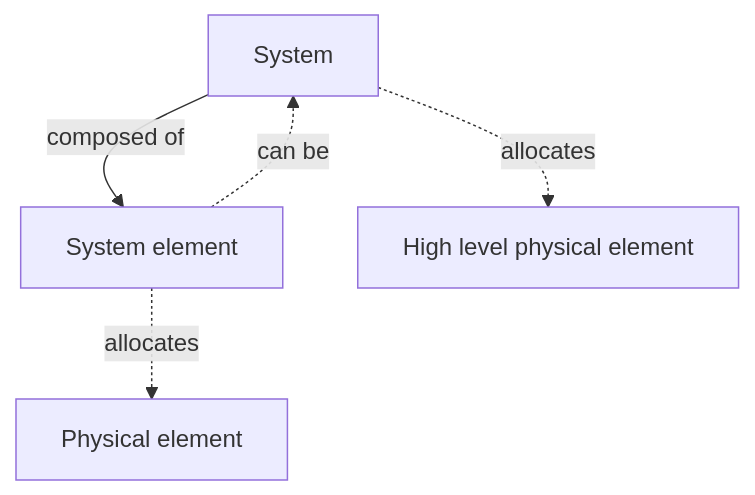
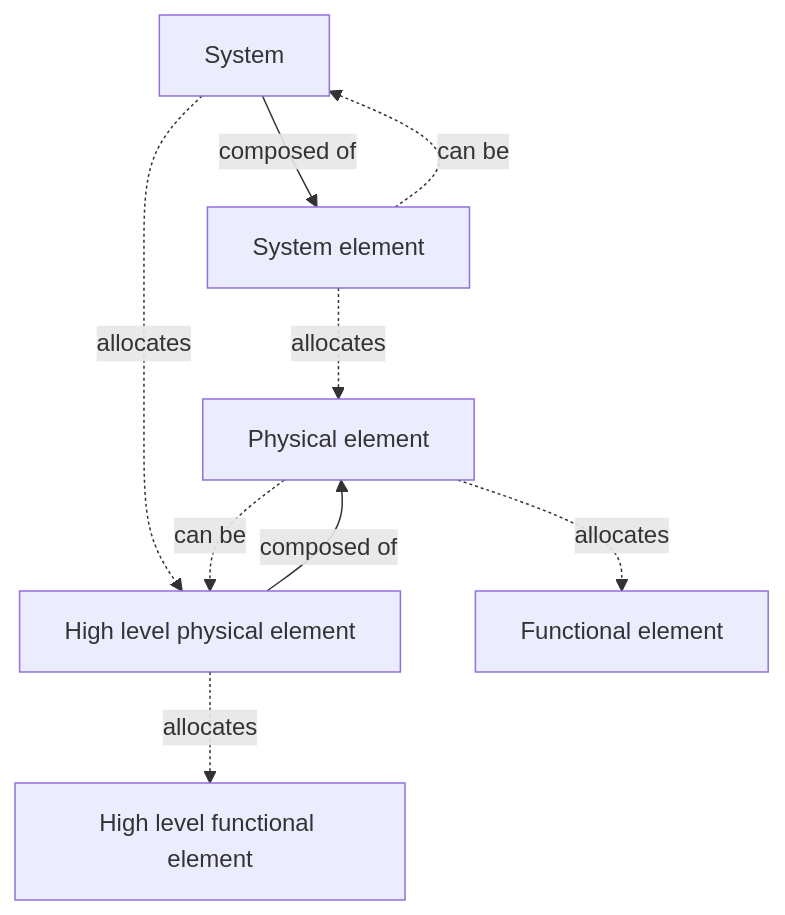
One commit to 3se-framework/3se-onto changed the fifth of 5 diagrams in glossary.md. Above: the diagram before and after it, drawn with Mermaid. The commit also changed other lines of this file, not shown here.

````diff
--- a/glossary.md
+++ b/glossary.md
@@ -2043,12 +2153,18 @@
 ```mermaid
 flowchart TD
     N1["System"]
     N2["System element"]
     N3["High level physical element"]
     N4["Physical element"]
+    N5["High level functional element"]
+    N6["Functional element"]
 
     N1 -->|composed of| N2
     N1 -.->|allocates| N3
     N2 -.->|allocates| N4
     N2 -.->|can be| N1
+    N3 -->|composed of| N4
+    N3 -.->|allocates| N5
+    N4 -.->|allocates| N6
+    N4 -.->|can be| N3
 ```
````
